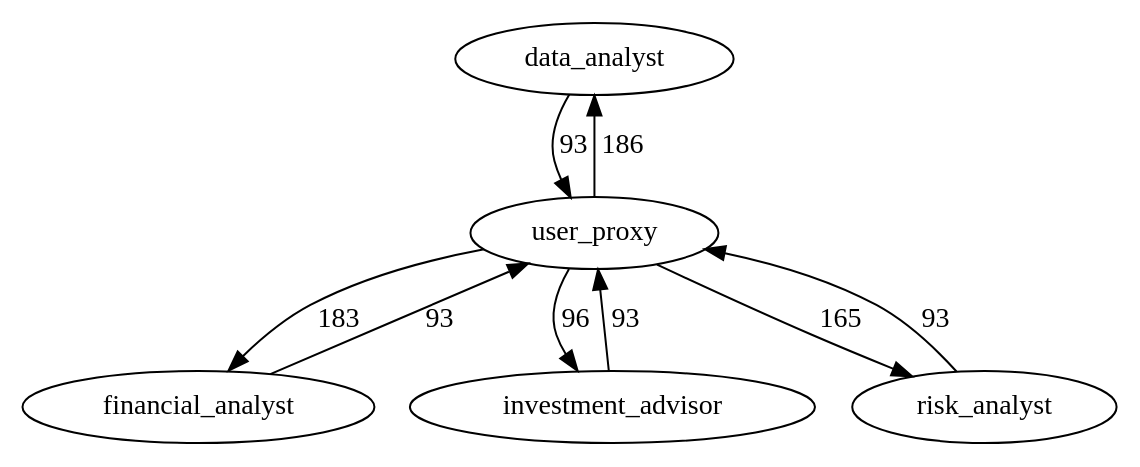
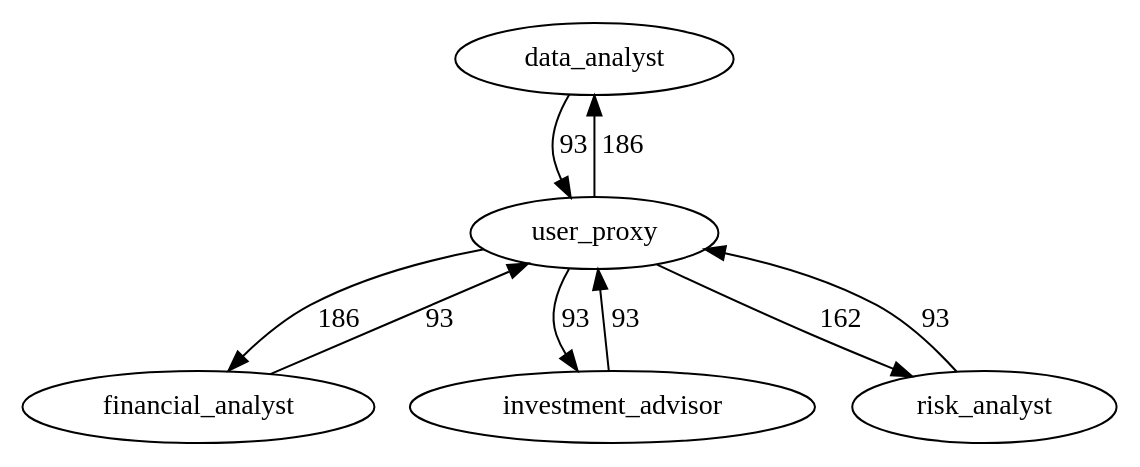
Before and after one commit to BzhH7/MASentinel: the diagram in outputs/system3_financial_analysis/trace_graph.dot, drawn with Graphviz. The commit also changed 467 other files, not shown here.

```diff
--- a/outputs/system3_financial_analysis/trace_graph.dot
+++ b/outputs/system3_financial_analysis/trace_graph.dot
@@ -1,15 +1,15 @@
 digraph MASentinelTrace {
   "data_analyst" [shape=ellipse];
   "financial_analyst" [shape=ellipse];
   "investment_advisor" [shape=ellipse];
   "risk_analyst" [shape=ellipse];
   "user_proxy" [shape=ellipse];
   "data_analyst" -> "user_proxy" [label="93"];
   "financial_analyst" -> "user_proxy" [label="93"];
   "investment_advisor" -> "user_proxy" [label="93"];
   "risk_analyst" -> "user_proxy" [label="93"];
   "user_proxy" -> "data_analyst" [label="186"];
-  "user_proxy" -> "financial_analyst" [label="183"];
-  "user_proxy" -> "investment_advisor" [label="96"];
-  "user_proxy" -> "risk_analyst" [label="165"];
+  "user_proxy" -> "financial_analyst" [label="186"];
+  "user_proxy" -> "investment_advisor" [label="93"];
+  "user_proxy" -> "risk_analyst" [label="162"];
 }
```
